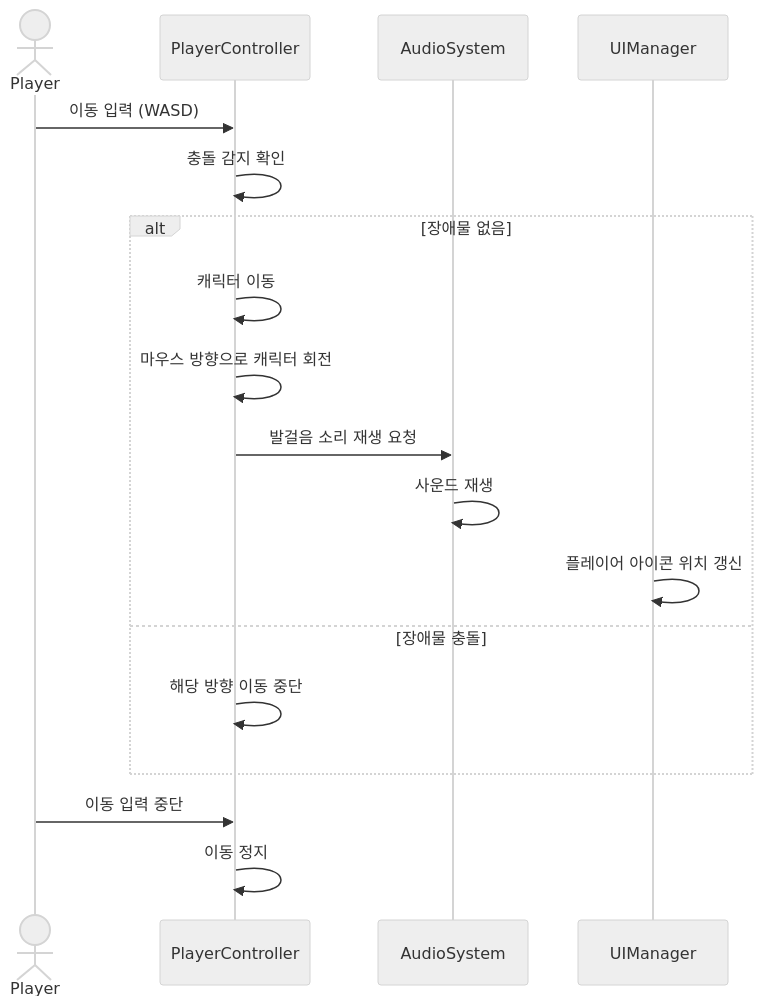
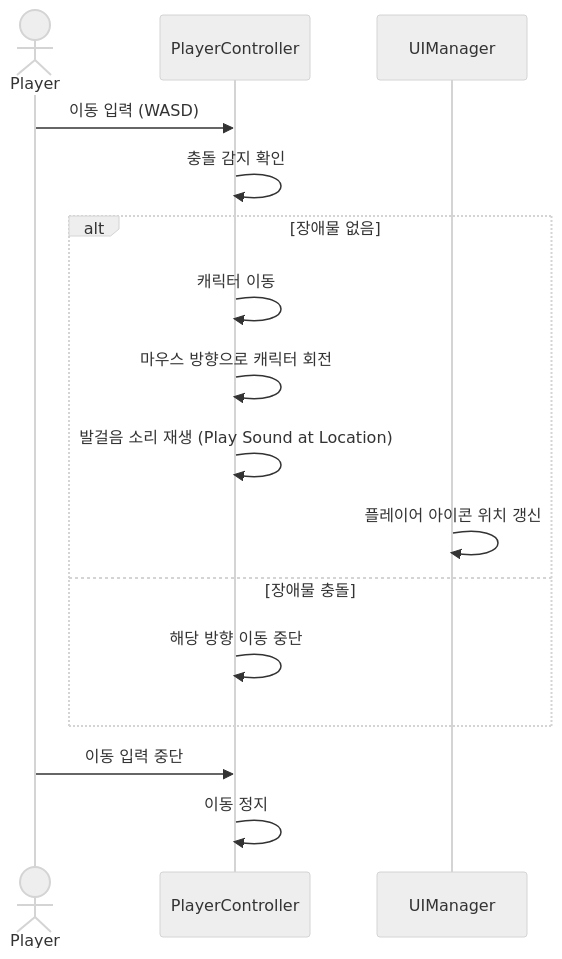
One commit to t153221/project1 changed the third of 10 diagrams in Design.md. Above: the diagram before and after it, drawn with Mermaid (neutral theme). The commit also changed other lines of this file, not shown here.

Commit message:
Remove unimplemented classes (AudioSystem, GameManager) from Design.md

````diff
--- a/Design.md
+++ b/Design.md
@@ -227,22 +173,20 @@
 ```mermaid
 sequenceDiagram
     actor Player
     participant PlayerController
-    participant AudioSystem
     participant UIManager
 
     Player->>PlayerController: 이동 입력 (WASD)
     PlayerController->>PlayerController: 충돌 감지 확인
     alt 장애물 없음
         PlayerController->>PlayerController: 캐릭터 이동
         PlayerController->>PlayerController: 마우스 방향으로 캐릭터 회전
-        PlayerController->>AudioSystem: 발걸음 소리 재생 요청
-        AudioSystem->>AudioSystem: 사운드 재생
+        PlayerController->>PlayerController: 발걸음 소리 재생 (Play Sound at Location)
         UIManager->>UIManager: 플레이어 아이콘 위치 갱신
     else 장애물 충돌
         PlayerController->>PlayerController: 해당 방향 이동 중단
     end
 
     Player->>PlayerController: 이동 입력 중단
     PlayerController->>PlayerController: 이동 정지
 ```
````
